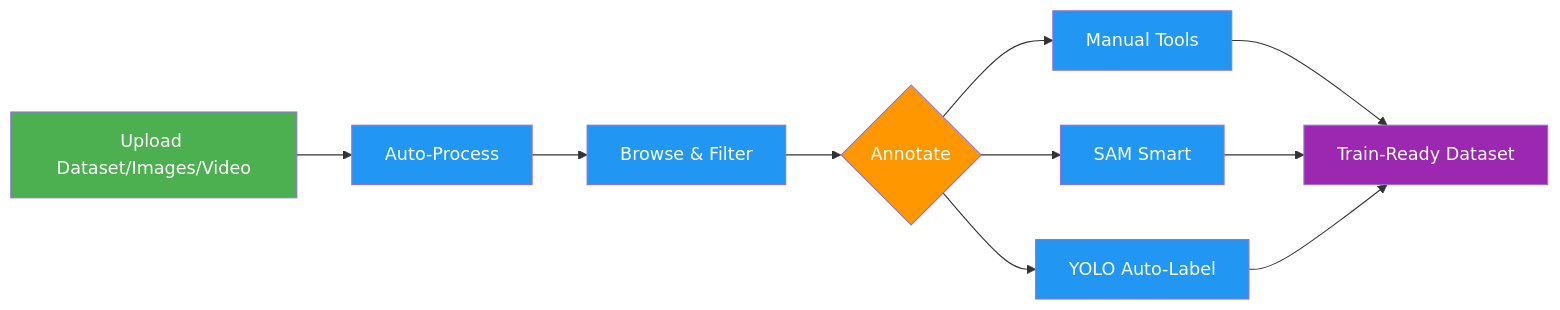
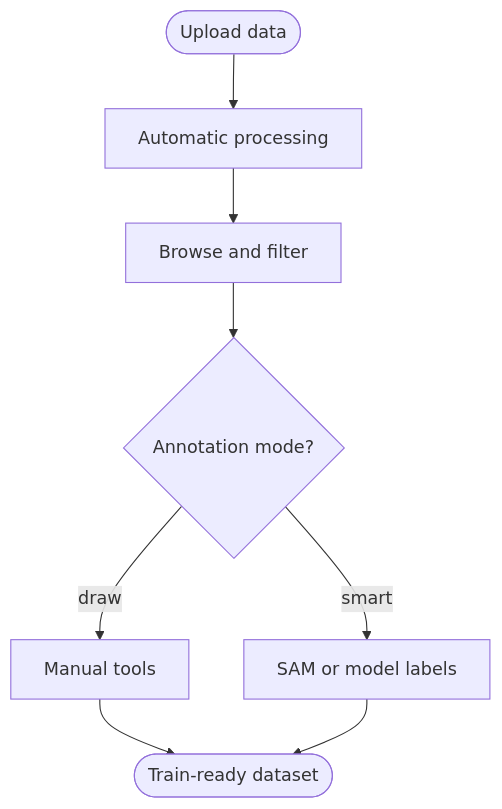
Before and after one commit to ultralytics/ultralytics: the second of 3 diagrams in docs/en/platform/index.md, drawn with Mermaid. The commit also changed other lines of this file and 20 other files, not shown here.

Commit message:
Migrate docs Mermaid diagrams to the unified design system (#26573)

````diff
--- a/docs/en/platform/index.md
+++ b/docs/en/platform/index.md
@@ -88,17 +83,10 @@
 ```mermaid
-graph LR
-    A[Upload Dataset/Images/Video]:::start --> B[Auto-Process]:::proc
-    B --> C[Browse & Filter]:::proc
-    C --> D{Annotate}:::decide
-    D --> E[Manual Tools]:::proc
-    D --> F[SAM Smart]:::proc
-    D --> G[YOLO Auto-Label]:::proc
-    E --> H[Train-Ready Dataset]:::out
-    F --> H
-    G --> H
-
-    classDef start fill:#4CAF50,color:#fff
-    classDef proc fill:#2196F3,color:#fff
-    classDef decide fill:#FF9800,color:#fff
-    classDef out fill:#9C27B0,color:#fff
+flowchart TD
+    A([Upload data]) --> B[Automatic processing]
+    B --> C[Browse and filter]
+    C --> D{Annotation mode?}
+    D -->|draw| E[Manual tools]
+    D -->|smart| F[SAM or model labels]
+    E --> G([Train-ready dataset])
+    F --> G
 ```
````
